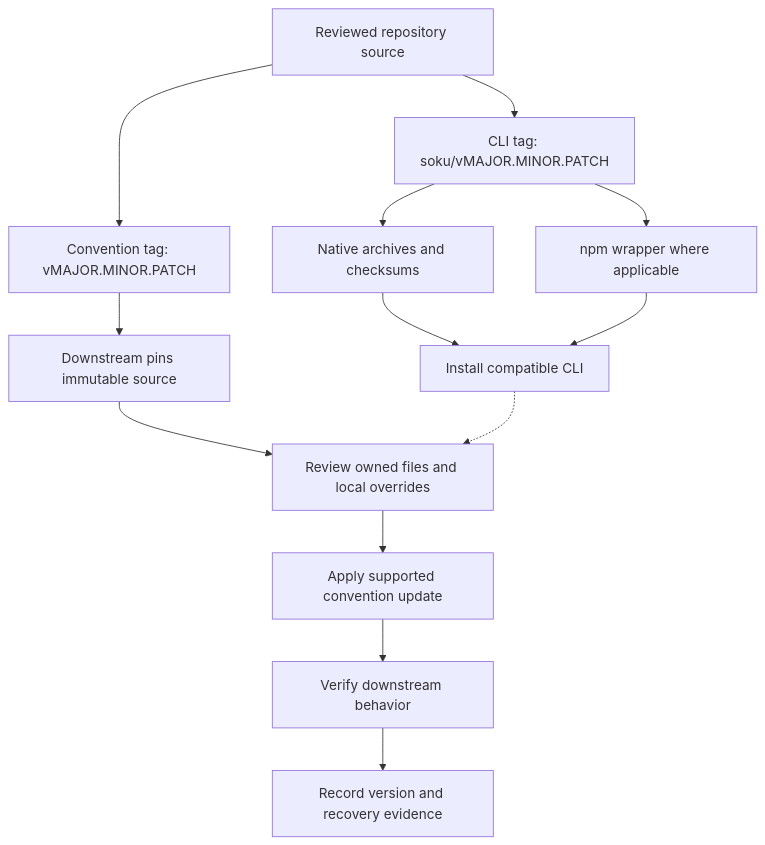
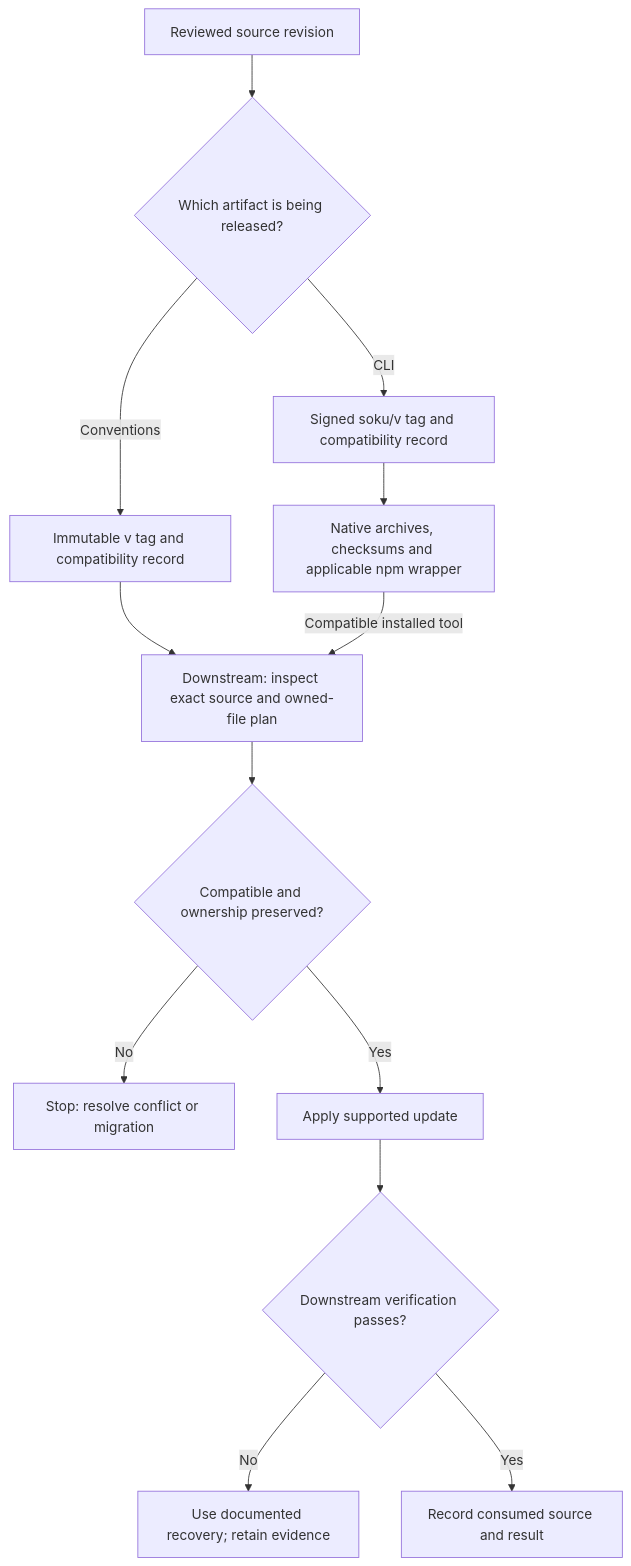
Before and after one commit to Soku-JINSEOK/Soku-Convention-Boilerplate: the diagram in docs/standards/RELEASE_AND_SYNC.md, drawn with Mermaid. The commit also changed other lines of this file and 118 other files, not shown here.

First line of the commit message:
📚 docs(readability): explain every document and expand flow diagrams

````diff
--- a/docs/standards/RELEASE_AND_SYNC.md
+++ b/docs/standards/RELEASE_AND_SYNC.md
@@ -9,15 +13,15 @@
 ```mermaid
 flowchart TD
-  source["Reviewed repository source"] --> convention["Convention tag: vMAJOR.MINOR.PATCH"]
-  source --> cli["CLI tag: soku/vMAJOR.MINOR.PATCH"]
-  convention --> pin["Downstream pins immutable source"]
-  pin --> planNode["Review owned files and local overrides"]
-  planNode --> syncNode["Apply supported convention update"]
-  cli --> archives["Native archives and checksums"]
-  cli --> launcher["npm wrapper where applicable"]
-  archives --> install["Install compatible CLI"]
-  launcher --> install
-  install -.-> planNode
-  syncNode --> verify["Verify downstream behavior"]
-  verify --> record["Record version and recovery evidence"]
+  source["Reviewed source revision"] --> axis{"Which artifact is being released?"}
+  axis -->|"Conventions"| convention["Immutable v tag and compatibility record"]
+  axis -->|"CLI"| cli["Signed soku/v tag and compatibility record"]
+  cli --> packageNode["Native archives, checksums and applicable npm wrapper"]
+  convention --> plan["Downstream: inspect exact source and owned-file plan"]
+  packageNode -->|"Compatible installed tool"| plan
+  plan --> compatible{"Compatible and ownership preserved?"}
+  compatible -->|"No"| hold["Stop: resolve conflict or migration"]
+  compatible -->|"Yes"| apply["Apply supported update"]
+  apply --> verify{"Downstream verification passes?"}
+  verify -->|"No"| recovery["Use documented recovery; retain evidence"]
+  verify -->|"Yes"| record["Record consumed source and result"]
 ```
````
